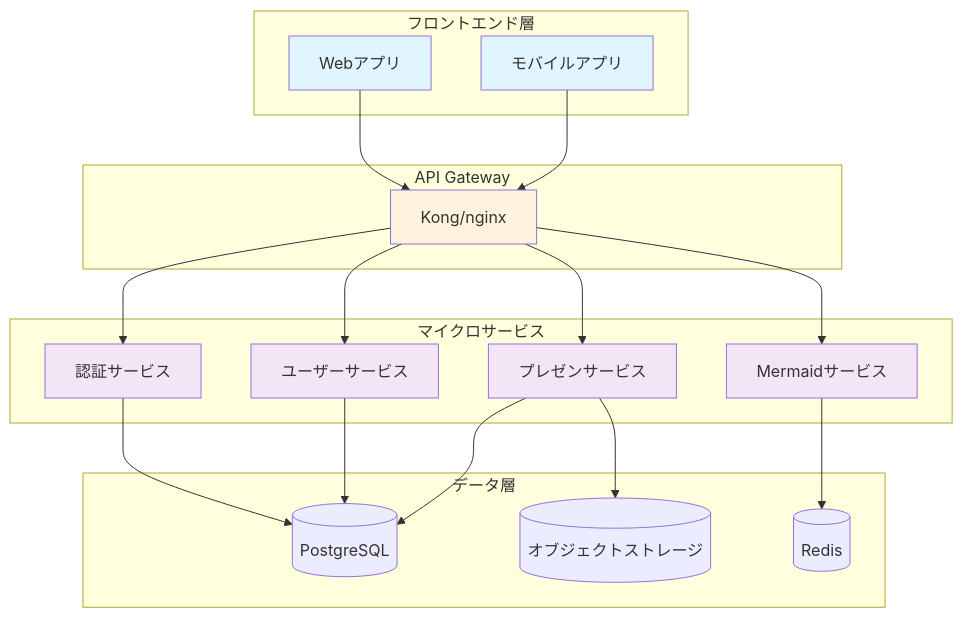
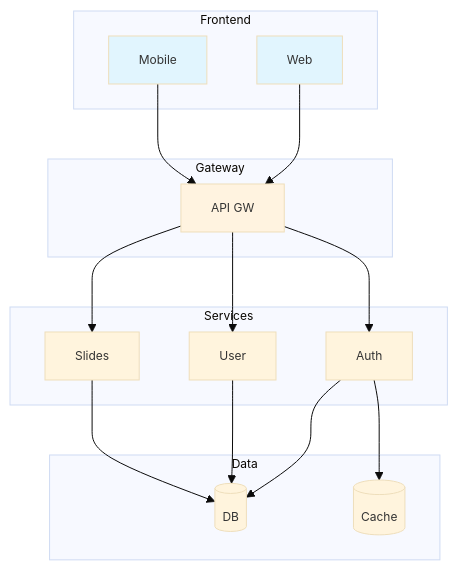
One commit to dobachi/AutoSlideIdea changed the eighth of 8 diagrams in samples/mermaid-demo/slides.md. Above: the diagram before and after it, drawn with Mermaid. The commit also changed other lines of this file and 1 other file, not shown here.

Commit message:
feat: 2カラムレイアウトとMermaid図のサイズ調整機能を追加
- base.cssに2カラムレイアウト（cols-2）クラスを追加
- Mermaid図の最大サイズ制限を設定（max-height: 500px）
- デモプレゼンテーションのp.7とp.8を2カラム構成に変更
- すべてのMermaid図にフォントサイズ調整を追加（12-16px）

オーバーフローしていたスライドが適切に収まるように改善

````diff
--- a/samples/mermaid-demo/slides.md
+++ b/samples/mermaid-demo/slides.md
@@ -200,45 +210,38 @@
 ```mermaid
+%%{init: {'theme':'base', 'themeVariables': { 'fontSize': '12px'}}}%%
 graph TB
-    subgraph "フロントエンド層"
-        WEB[Webアプリ]
-        MOB[モバイルアプリ]
+    subgraph "Frontend"
+        WEB[Web]
+        MOB[Mobile]
     end
     
-    subgraph "API Gateway"
-        GW[Kong/nginx]
+    subgraph "Gateway"
+        GW[API GW]
     end
     
-    subgraph "マイクロサービス"
-        AUTH[認証サービス]
-        USER[ユーザーサービス]
-        PRES[プレゼンサービス]
-        MERM[Mermaidサービス]
+    subgraph "Services"
+        AUTH[Auth]
+        USER[User]
+        PRES[Slides]
     end
     
-    subgraph "データ層"
-        RDB[(PostgreSQL)]
-        CACHE[(Redis)]
-        S3[(オブジェクトストレージ)]
+    subgraph "Data"
+        DB[(DB)]
+        CACHE[(Cache)]
     end
     
     WEB --> GW
     MOB --> GW
     GW --> AUTH
     GW --> USER
     GW --> PRES
-    GW --> MERM
     
-    AUTH --> RDB
-    USER --> RDB
-    PRES --> RDB
-    PRES --> S3
-    MERM --> CACHE
+    AUTH --> DB
+    USER --> DB
+    PRES --> DB
+    AUTH --> CACHE
     
     style WEB fill:#e1f5fe
     style MOB fill:#e1f5fe
     style GW fill:#fff3e0
-    style AUTH fill:#f3e5f5
-    style USER fill:#f3e5f5
-    style PRES fill:#f3e5f5
-    style MERM fill:#f3e5f5
 ```
````
